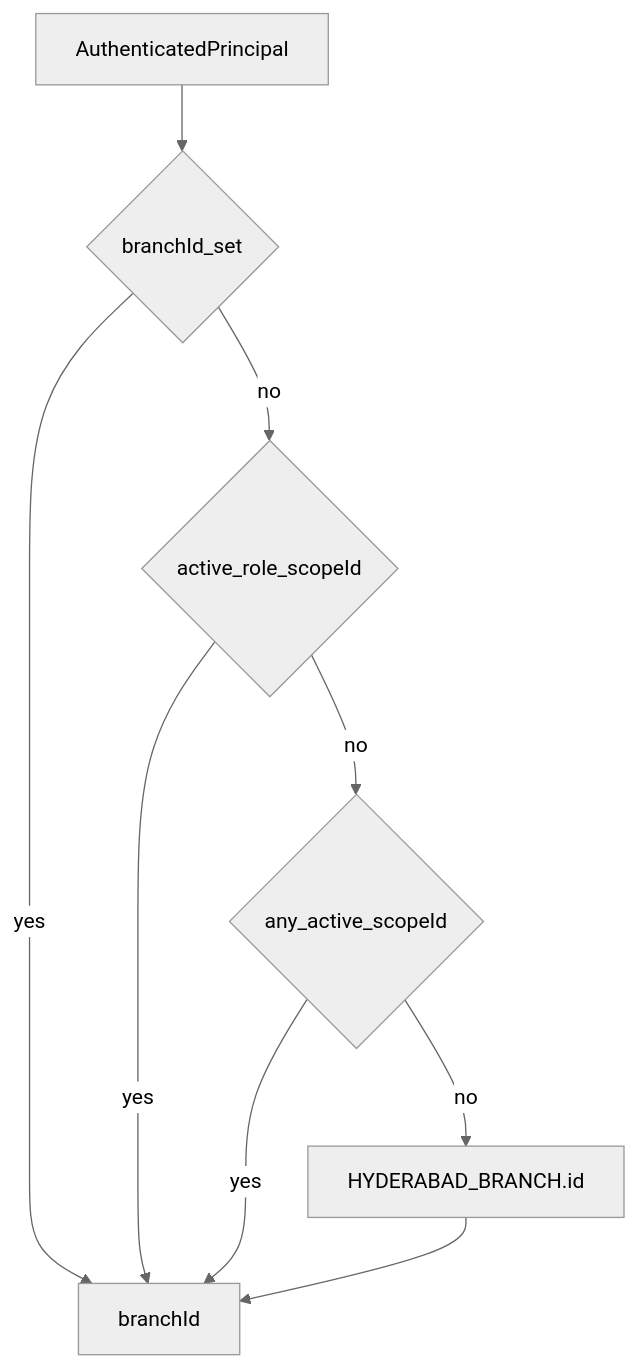
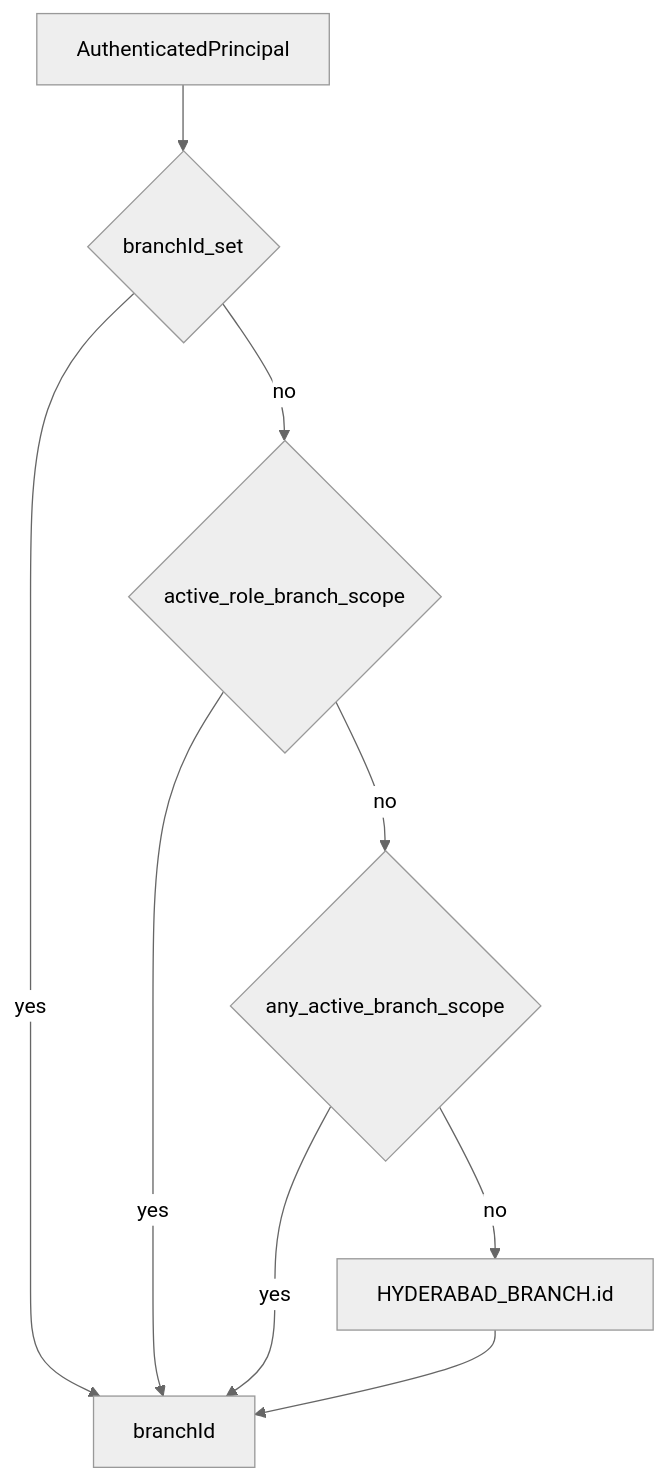
The diagram in docs/05-security/branch-context.md (mee-events/Mee-Events), drawn with Mermaid (neutral theme) before and after one commit. The commit also changed other lines of this file and 78 other files, not shown here.

````diff
--- a/docs/05-security/branch-context.md
+++ b/docs/05-security/branch-context.md
@@ -38,15 +43,15 @@
 ```mermaid
 flowchart TD
   P[AuthenticatedPrincipal]
   Has{branchId_set}
-  Active{active_role_scopeId}
-  Any{any_active_scopeId}
+  Active{active_role_branch_scope}
+  Any{any_active_branch_scope}
   Hyd[HYDERABAD_BRANCH.id]
   P --> Has
   Has -->|yes| Out[branchId]
   Has -->|no| Active
   Active -->|yes| Out
   Active -->|no| Any
   Any -->|yes| Out
   Any -->|no| Hyd --> Out
 ```
````
